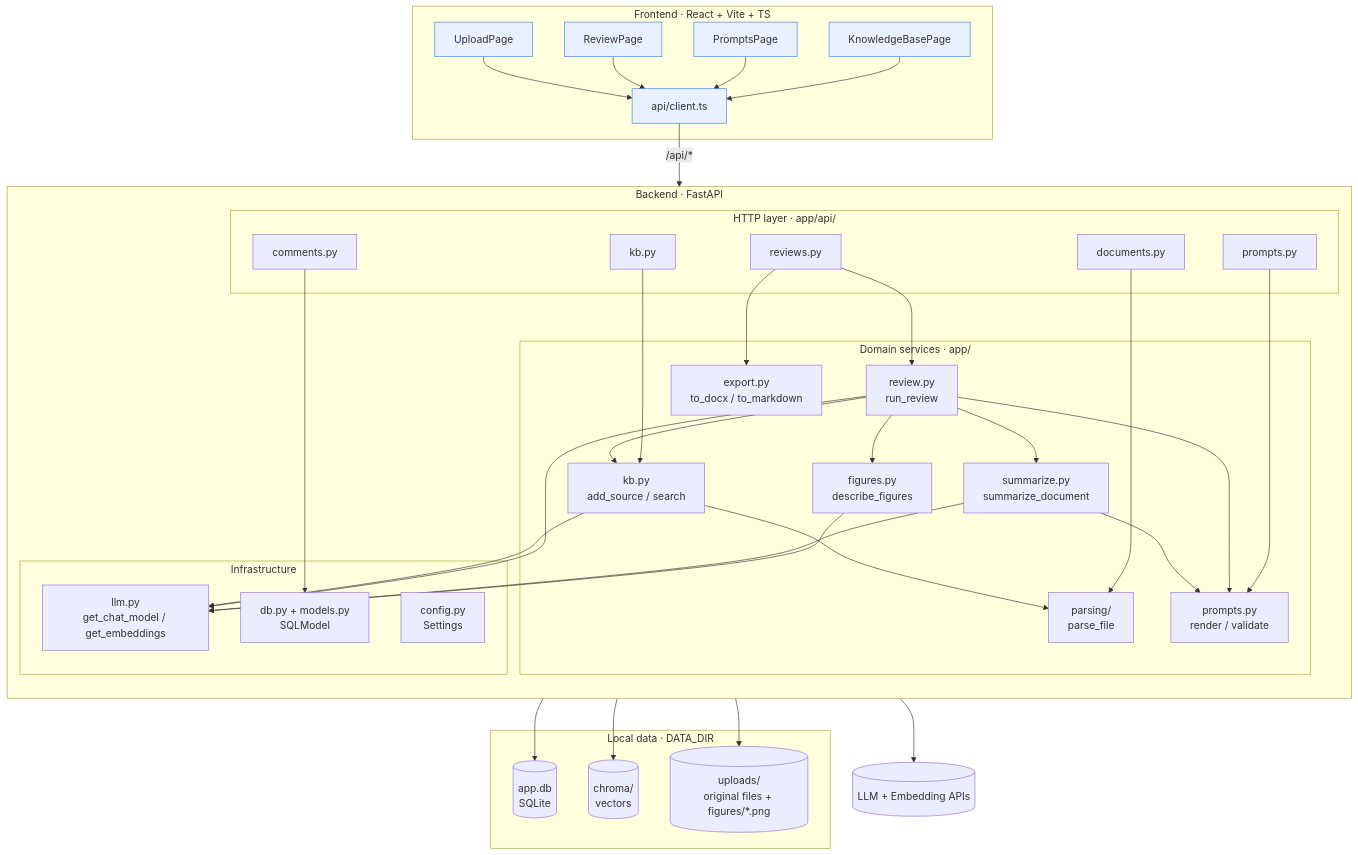
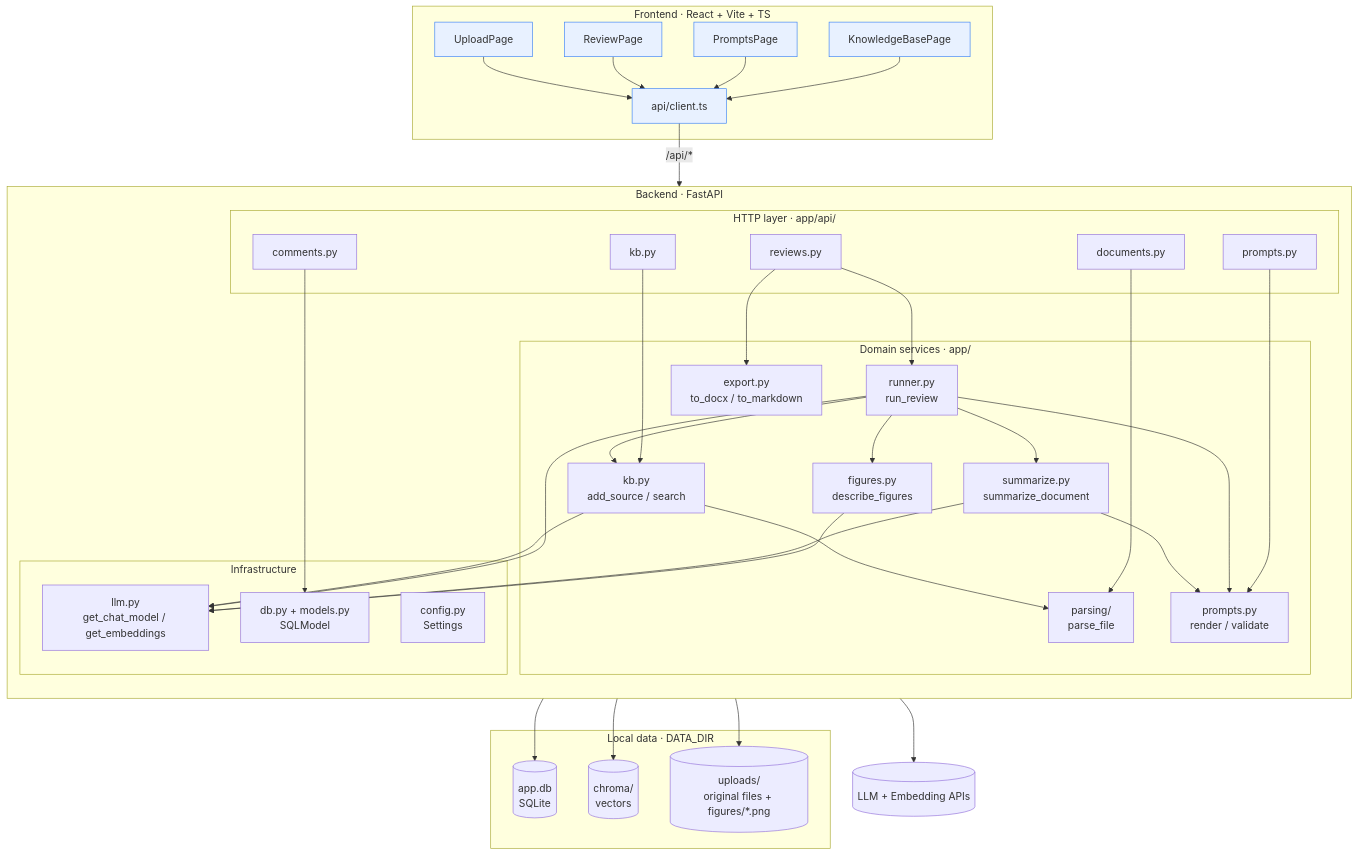
One commit to hamza-prof/industry-mentor-llm-agent changed the second of 9 diagrams in architecture.md. Above: the diagram before and after it, drawn with Mermaid. The commit also changed other lines of this file and 25 other files, not shown here.

Commit message:
Knowledge base, review engine and review runner

```diff
--- a/architecture.md
+++ b/architecture.md
@@ -53,7 +53,7 @@
         subgraph SVC["Domain services · app/"]
             S1[parsing/<br/>parse_file]
             S2[summarize.py<br/>summarize_document]
-            S3[review.py<br/>run_review]
+            S3[runner.py<br/>run_review]
             S4[kb.py<br/>add_source / search]
             S5[prompts.py<br/>render / validate]
             S6[export.py<br/>to_docx / to_markdown]
```
